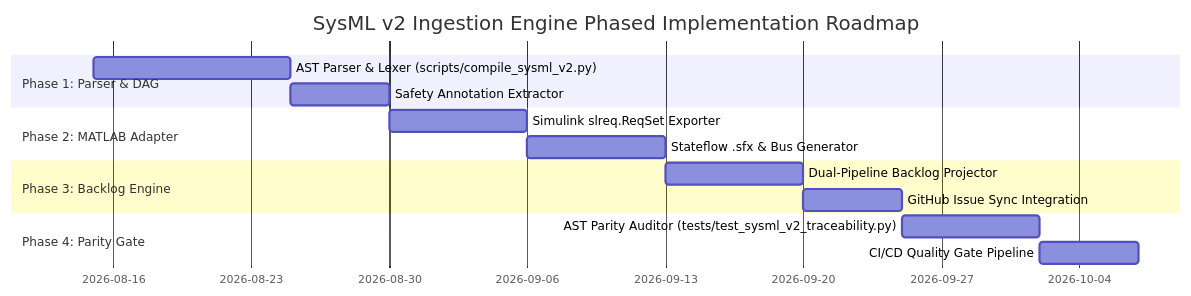
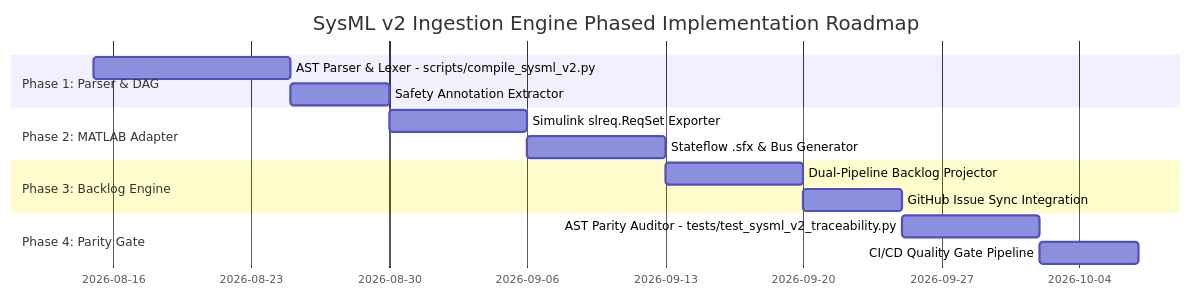
Before and after one commit to gintatkinson/DEAP-spec-core: the seventh of 7 diagrams in docs/architecture/blueprints/DEAP_SYSML_V2_INGESTION_ENGINE_BLUEPRINT.md, drawn with Mermaid. The commit also changed other lines of this file and 1 other file, not shown here.

Commit message:
feat(blueprint): synchronize SysML v2 Ingestion Engine solution blueprint DEAP-BLUEPRINT-SYSML-003 across polyrepos

````diff
--- a/docs/architecture/blueprints/DEAP_SYSML_V2_INGESTION_ENGINE_BLUEPRINT.md
+++ b/docs/architecture/blueprints/DEAP_SYSML_V2_INGESTION_ENGINE_BLUEPRINT.md
@@ -379,17 +379,17 @@
 ```mermaid
 gantt
     title SysML v2 Ingestion Engine Phased Implementation Roadmap
     dateFormat  YYYY-MM-DD
     section Phase 1: Parser & DAG
-    AST Parser & Lexer (scripts/compile_sysml_v2.py) :p1a, 2026-08-15, 10d
+    AST Parser & Lexer - scripts/compile_sysml_v2.py :p1a, 2026-08-15, 10d
     Safety Annotation Extractor                      :p1b, after p1a, 5d
     section Phase 2: MATLAB Adapter
     Simulink slreq.ReqSet Exporter                   :p2a, after p1b, 7d
     Stateflow .sfx & Bus Generator                   :p2b, after p2a, 7d
     section Phase 3: Backlog Engine
     Dual-Pipeline Backlog Projector                 :p3a, after p2b, 7d
     GitHub Issue Sync Integration                    :p3b, after p3a, 5d
     section Phase 4: Parity Gate
-    AST Parity Auditor (tests/test_sysml_v2_traceability.py) :p4a, after p3b, 7d
+    AST Parity Auditor - tests/test_sysml_v2_traceability.py :p4a, after p3b, 7d
     CI/CD Quality Gate Pipeline                      :p4b, after p4a, 5d
 ```
````
